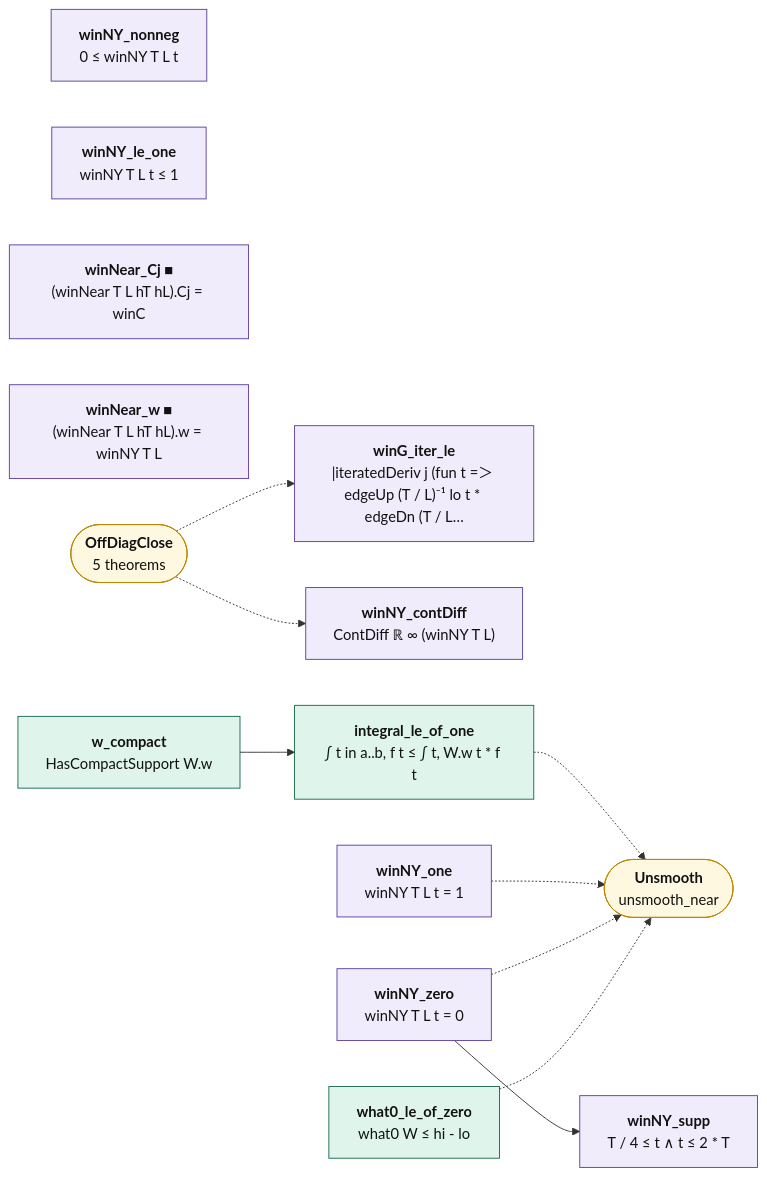
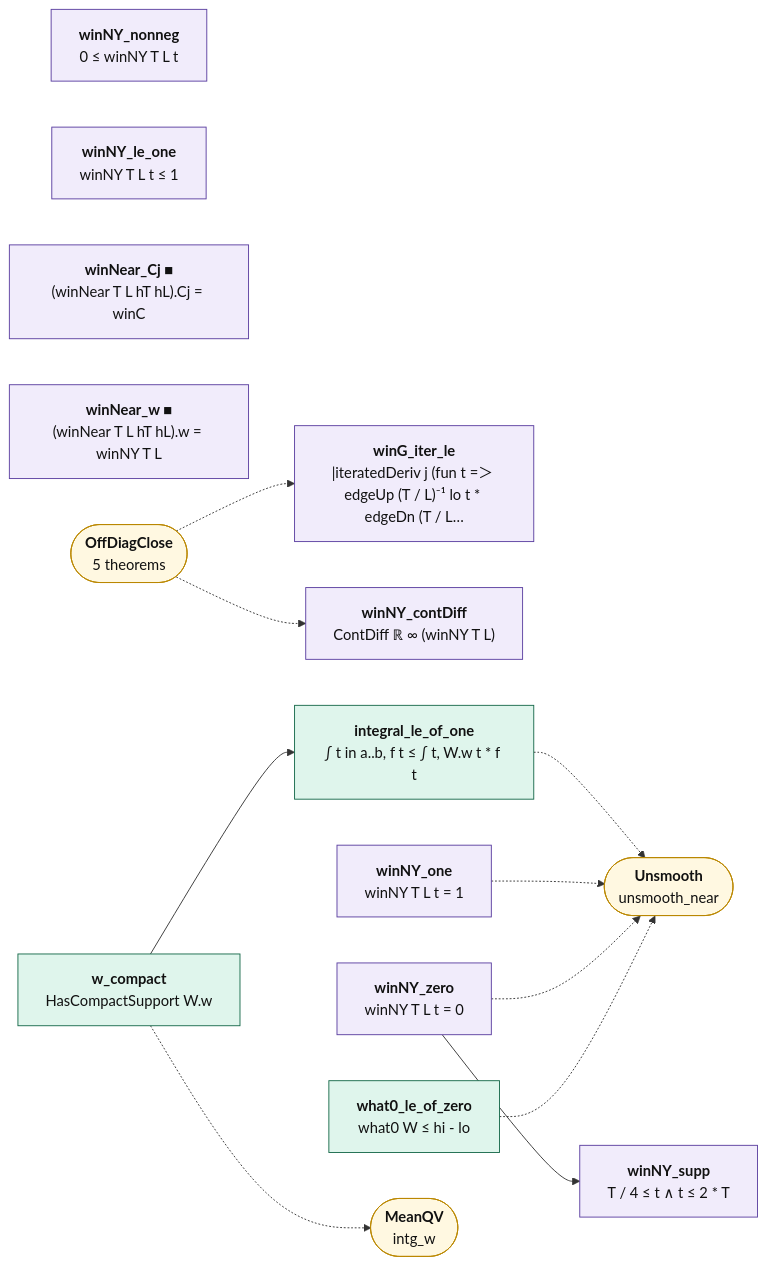
Before and after one commit to juliansambranojr/Primebeat_081426: the diagram in map/lean_stage3/UnsmoothWin.md, drawn with Mermaid. The commit also changed other lines of this file and 46 other files, not shown here.

````diff
--- a/map/lean_stage3/UnsmoothWin.md
+++ b/map/lean_stage3/UnsmoothWin.md
@@ -14,33 +14,35 @@
 ```mermaid
 flowchart LR
   n0["<b>winG_iter_le</b><br/>|iteratedDeriv j (fun t =＞ edgeUp (T / L)⁻¹ lo t * edgeDn (T / L…"]:::shp
   n1["<b>winNY_contDiff</b><br/>ContDiff ℝ ∞ (winNY T L)"]:::shp
   n2["<b>winNY_nonneg</b><br/>0 ≤ winNY T L t"]:::shp
   n3["<b>winNY_le_one</b><br/>winNY T L t ≤ 1"]:::shp
   n4["<b>winNY_one</b><br/>winNY T L t = 1"]:::shp
   n5["<b>winNY_zero</b><br/>winNY T L t = 0"]:::shp
   n6["<b>winNY_supp</b><br/>T / 4 ≤ t ∧ t ≤ 2 * T"]:::shp
   n7["<b>winNear_Cj ■</b><br/>(winNear T L hT hL).Cj = winC"]:::shp
   n8["<b>winNear_w ■</b><br/>(winNear T L hT hL).w = winNY T L"]:::shp
   n9["<b>what0_le_of_zero</b><br/>what0 W ≤ hi - lo"]:::cnt
   n10["<b>w_compact</b><br/>HasCompactSupport W.w"]:::cnt
   n11["<b>integral_le_of_one</b><br/>∫ t in a..b, f t ≤ ∫ t, W.w t * f t"]:::cnt
   x0(["<b>OffDiagClose</b><br/>5 theorems"]):::ext
   x1(["<b>Unsmooth</b><br/>unsmooth_near"]):::ext
+  x2(["<b>MeanQV</b><br/>intg_w"]):::ext
   n10 --> n11
   n5 --> n6
+  n10 -.-> x2
   n11 -.-> x1
   n4 -.-> x1
   n5 -.-> x1
   n9 -.-> x1
   x0 -.-> n0
   x0 -.-> n1
   classDef cnt fill:#dff5ec,stroke:#17694a,color:#111
   classDef shp fill:#f1ecfb,stroke:#5b3fa0,color:#111
   classDef rh fill:#ffe5e5,stroke:#c22,color:#111,stroke-width:2px
   classDef thm fill:#eef4ff,stroke:#335,color:#111
   classDef end_ fill:#e7f7e7,stroke:#2a7,color:#111,stroke-width:2px
   classDef lone fill:#fff,stroke:#999,color:#111,stroke-dasharray:4 3
   classDef bad fill:#ffe5e5,stroke:#c22,color:#111,stroke-width:2px
   classDef ext fill:#fff8e1,stroke:#b80,color:#111
 ```
````
